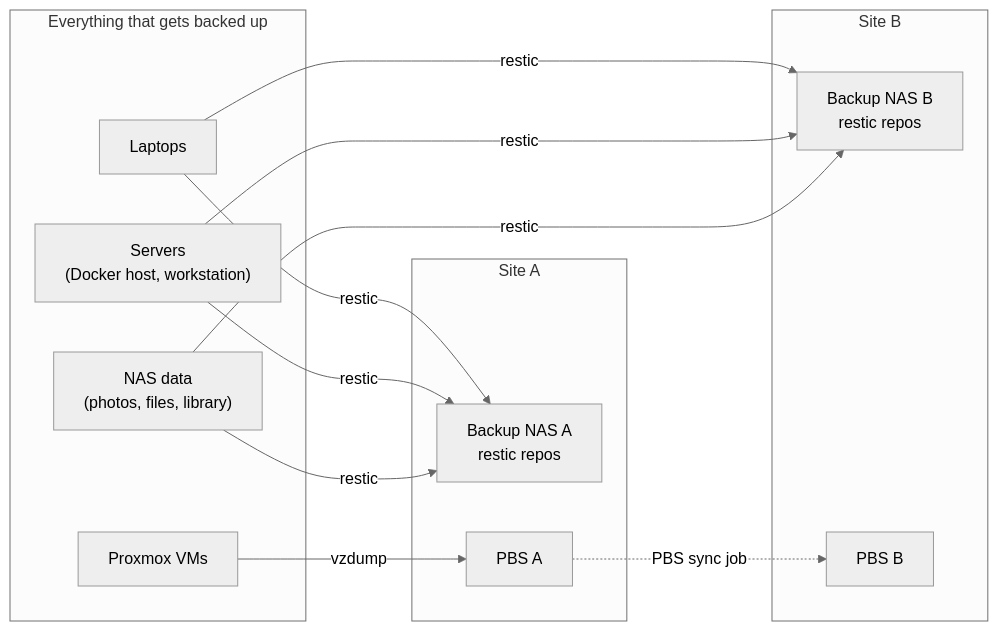
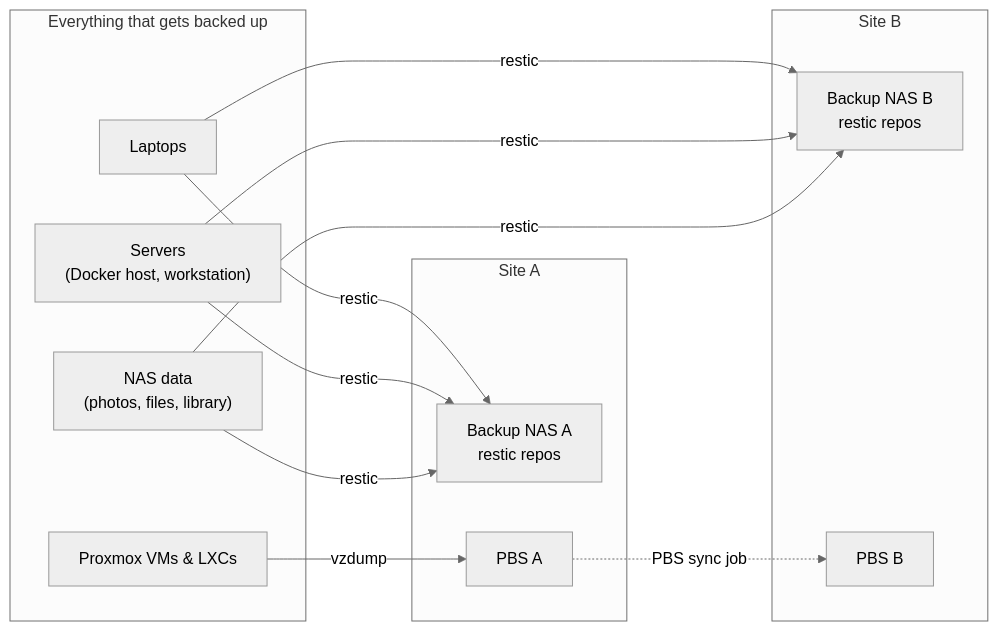
One commit to Kiyam/handbook changed the diagram in docs/files/backups.md. Above: the diagram before and after it, drawn with Mermaid (neutral theme). The commit also changed other lines of this file and 1 other file, not shown here.

Commit message:
Backups: PBS covers LXCs as well as VMs

````diff
--- a/docs/files/backups.md
+++ b/docs/files/backups.md
@@ -16,21 +16,21 @@
 ```mermaid
 flowchart LR
     subgraph sources["Everything that gets backed up"]
         laptops["Laptops"]
         servers["Servers<br/>(Docker host, workstation)"]
         nasdata["NAS data<br/>(photos, files, library)"]
-        vms["Proxmox VMs"]
+        vms["Proxmox VMs & LXCs"]
     end
     subgraph siteA["Site A"]
         nasA["Backup NAS A<br/>restic repos"]
         pbsA["PBS A"]
     end
     subgraph siteB["Site B"]
         nasB["Backup NAS B<br/>restic repos"]
         pbsB["PBS B"]
     end
     laptops & servers & nasdata -- restic --> nasA
     laptops & servers & nasdata -- restic --> nasB
     vms -- vzdump --> pbsA
     pbsA -. "PBS sync job" .-> pbsB
 ```
````
